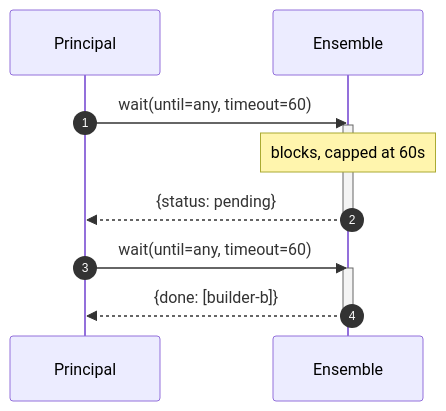
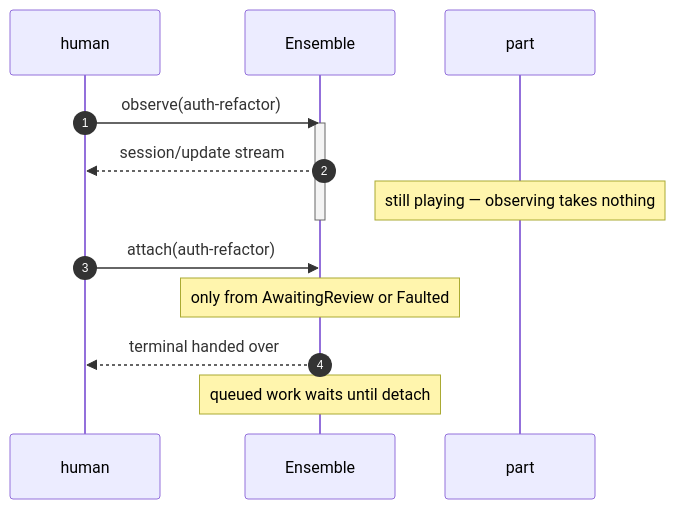
Before and after one commit to noclearreaction/symphony-maestro: the fifth of 6 diagrams in docs/ensemble/README.md, drawn with Mermaid. The commit also changed other lines of this file and 1 other file, not shown here.

First line of the commit message:
docs(ensemble): parts carry context, personas are configuration

````diff
--- a/docs/ensemble/README.md
+++ b/docs/ensemble/README.md
@@ -573,15 +493,16 @@
 ```mermaid
 sequenceDiagram
   autonumber
-  participant O as Principal
-  participant P as Ensemble
-  O->>P: wait(until=any, timeout=60)
-  activate P
-  Note over P: blocks, capped at 60s
-  P-->>O: {status: pending}
-  deactivate P
-  O->>P: wait(until=any, timeout=60)
-  activate P
-  P-->>O: {done: [builder-b]}
-  deactivate P
+  participant H as human
+  participant E as Ensemble
+  participant P as part
+  H->>E: observe(auth-refactor)
+  activate E
+  E-->>H: session/update stream
+  Note over P: still playing — observing takes nothing
+  deactivate E
+  H->>E: attach(auth-refactor)
+  Note over E: only from AwaitingReview or Faulted
+  E-->>H: terminal handed over
+  Note over E: queued work waits until detach
 ```
````
